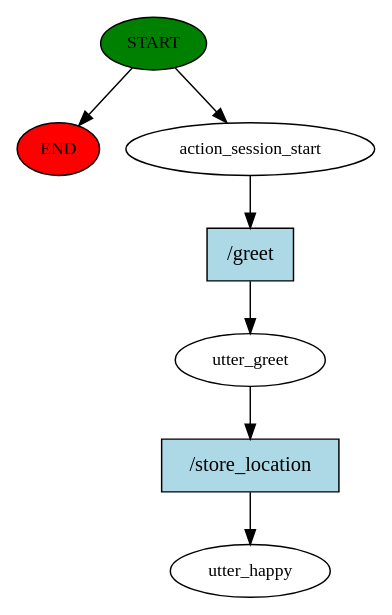
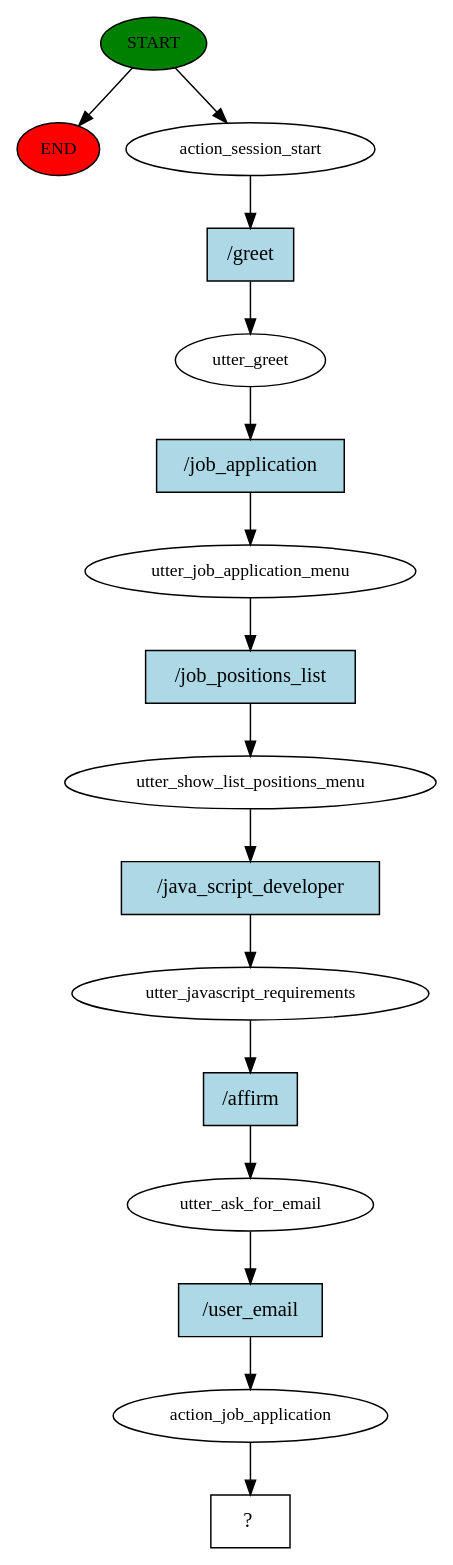
Before and after one commit to joannatrojak/interview_task: the diagram in story_graph.dot, drawn with Graphviz. The commit also changed 7 other files, not shown here.

Commit message:
job application + book apppointment

```diff
--- a/story_graph.dot
+++ b/story_graph.dot
@@ -1,15 +1,33 @@
 digraph  {
 0 [class="start active", fillcolor=green, fontsize=12, label=START, style=filled];
 "-1" [class=end, fillcolor=red, fontsize=12, label=END, style=filled];
 1 [class=active, fontsize=12, label=action_session_start];
 2 [class=active, fontsize=12, label=utter_greet];
-3 [class="dashed active", fontsize=12, label=utter_happy];
-4 [class="intent active", fillcolor=lightblue, label="/greet", shape=rect, style=filled];
-5 [class="intent active", fillcolor=lightblue, label="/store_location", shape=rect, style=filled];
+3 [class=active, fontsize=12, label=utter_job_application_menu];
+4 [class=active, fontsize=12, label=utter_show_list_positions_menu];
+5 [class=active, fontsize=12, label=utter_javascript_requirements];
+6 [class=active, fontsize=12, label=utter_ask_for_email];
+7 [class=active, fontsize=12, label=action_job_application];
+8 [class="intent dashed active", label="  ?  ", shape=rect];
+9 [class="intent active", fillcolor=lightblue, label="/greet", shape=rect, style=filled];
+10 [class="intent active", fillcolor=lightblue, label="/job_application", shape=rect, style=filled];
+11 [class="intent active", fillcolor=lightblue, label="/job_positions_list", shape=rect, style=filled];
+12 [class="intent active", fillcolor=lightblue, label="/java_script_developer", shape=rect, style=filled];
+13 [class="intent active", fillcolor=lightblue, label="/affirm", shape=rect, style=filled];
+14 [class="intent active", fillcolor=lightblue, label="/user_email", shape=rect, style=filled];
 0 -> "-1"  [class="", key=NONE, label=""];
 0 -> 1  [class=active, key=NONE, label=""];
-1 -> 4  [class=active, key=0];
-2 -> 5  [class=active, key=0];
-4 -> 2  [class=active, key=0];
-5 -> 3  [class=active, key=0];
+1 -> 9  [class=active, key=0];
+2 -> 10  [class=active, key=0];
+3 -> 11  [class=active, key=0];
+4 -> 12  [class=active, key=0];
+5 -> 13  [class=active, key=0];
+6 -> 14  [class=active, key=0];
+7 -> 8  [class=active, key=NONE, label=""];
+9 -> 2  [class=active, key=0];
+10 -> 3  [class=active, key=0];
+11 -> 4  [class=active, key=0];
+12 -> 5  [class=active, key=0];
+13 -> 6  [class=active, key=0];
+14 -> 7  [class=active, key=0];
 }
```
